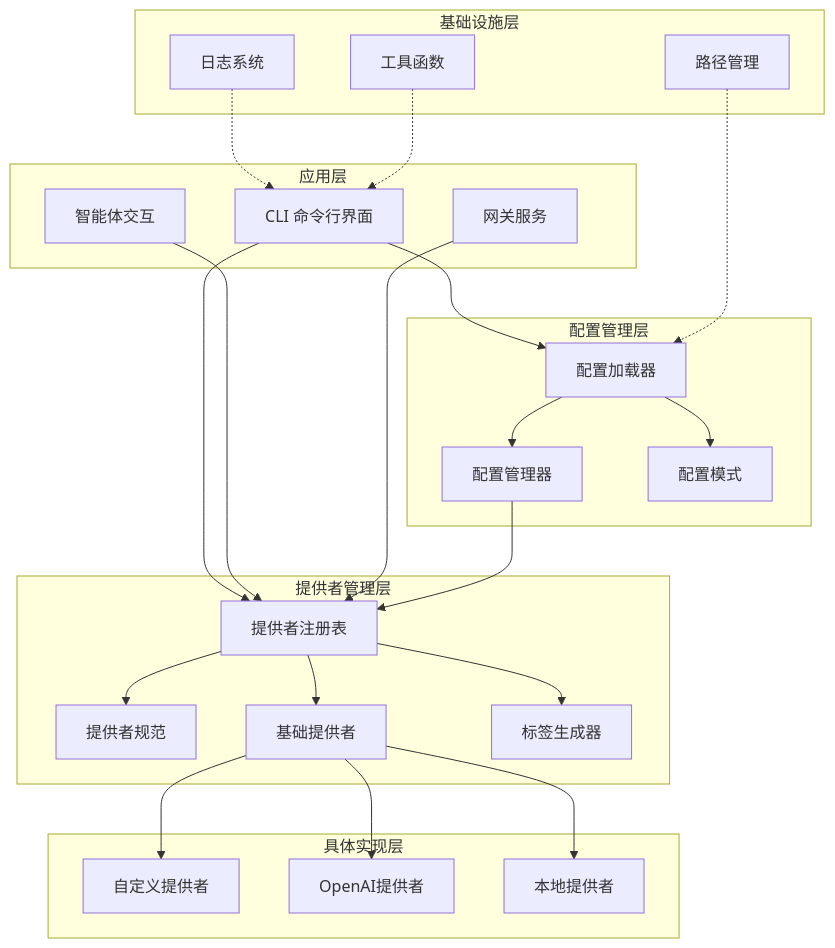
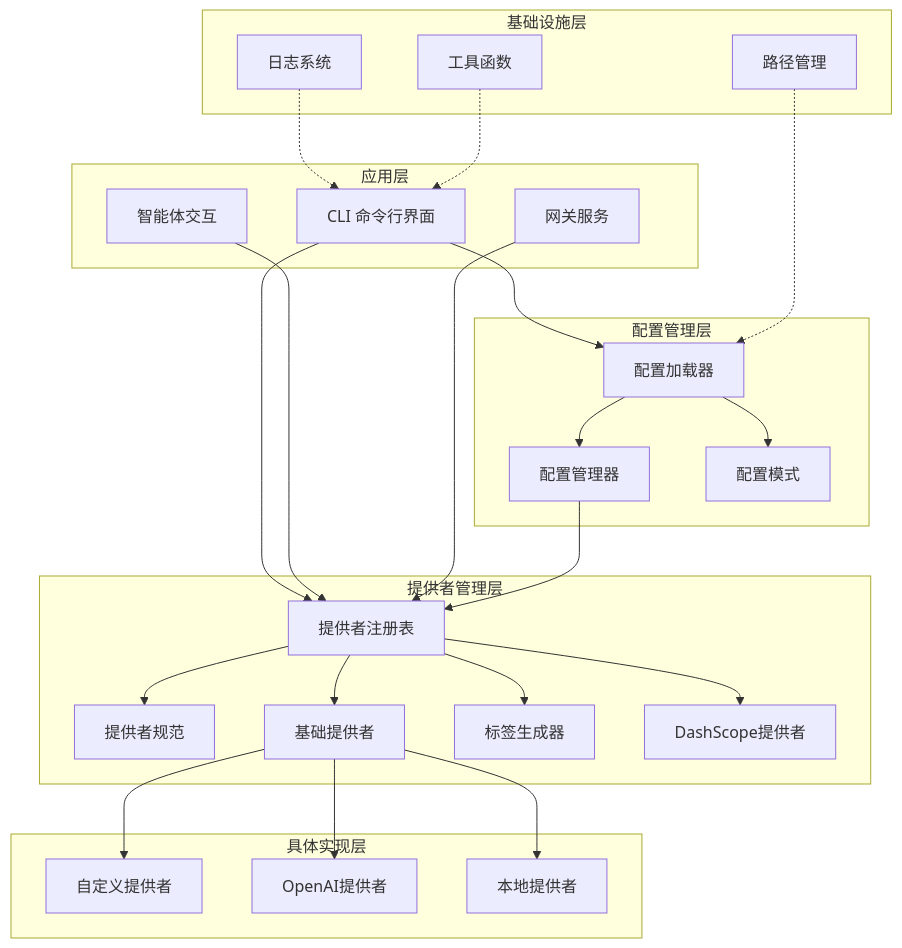
One commit to neciszhang/batbot changed the fourth of 12 diagrams in .qoder/repowiki/zh/content/配置系统/提供者注册系统.md. Above: the diagram before and after it, drawn with Mermaid. The commit also changed other lines of this file and 13 other files, not shown here.

````diff
--- a/.qoder/repowiki/zh/content/配置系统/提供者注册系统.md
+++ b/.qoder/repowiki/zh/content/配置系统/提供者注册系统.md
@@ -192,45 +196,47 @@
 ```mermaid
 graph TB
 subgraph "应用层"
 CLI[CLI 命令行界面]
 Agent[智能体交互]
 Gateway[网关服务]
 end
 subgraph "配置管理层"
 ConfigLoader[配置加载器]
 ConfigManager[配置管理器]
 Schema[配置模式]
 end
 subgraph "提供者管理层"
 ProviderRegistry[提供者注册表]
 ProviderSpec[提供者规范]
 BaseProvider[基础提供者]
 getProviderLabel[标签生成器]
+DashScopeProvider[DashScope提供者]
 end
 subgraph "具体实现层"
 CustomProvider[自定义提供者]
 OpenAIProvider[OpenAI提供者]
 LocalProvider[本地提供者]
 end
 subgraph "基础设施层"
 Logger[日志系统]
 Utils[工具函数]
 Paths[路径管理]
 end
 CLI --> ConfigLoader
 CLI --> ProviderRegistry
 Agent --> ProviderRegistry
 Gateway --> ProviderRegistry
 ConfigLoader --> Schema
 ConfigLoader --> ConfigManager
 ConfigManager --> ProviderRegistry
 ProviderRegistry --> ProviderSpec
 ProviderRegistry --> BaseProvider
 ProviderRegistry --> getProviderLabel
+ProviderRegistry --> DashScopeProvider
 BaseProvider --> CustomProvider
 BaseProvider --> OpenAIProvider
 BaseProvider --> LocalProvider
 Logger -.-> CLI
 Utils -.-> CLI
 Paths -.-> ConfigLoader
 ```
````
